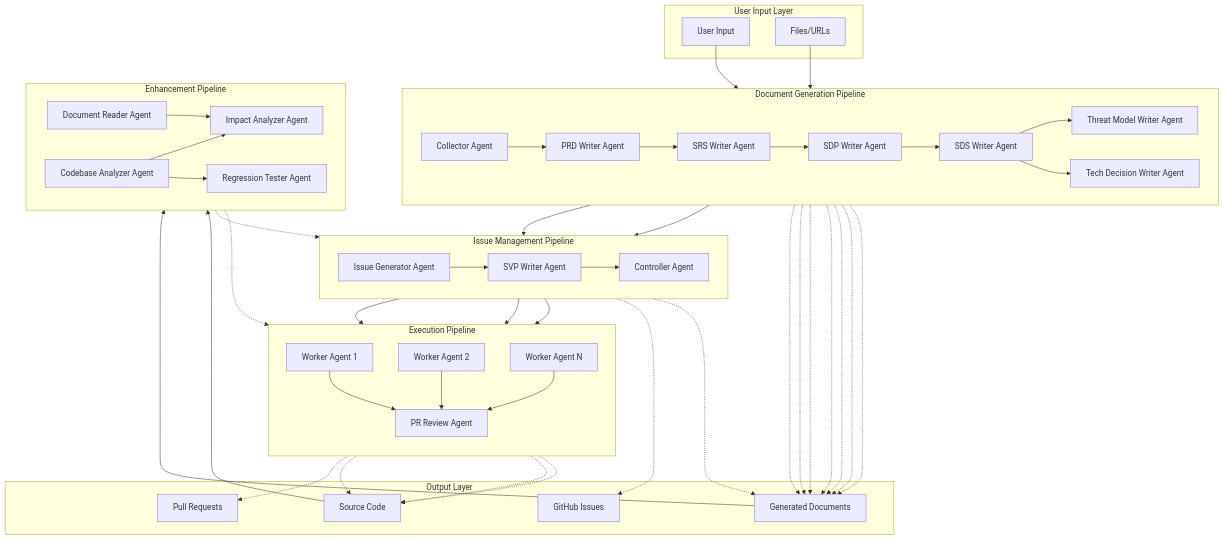
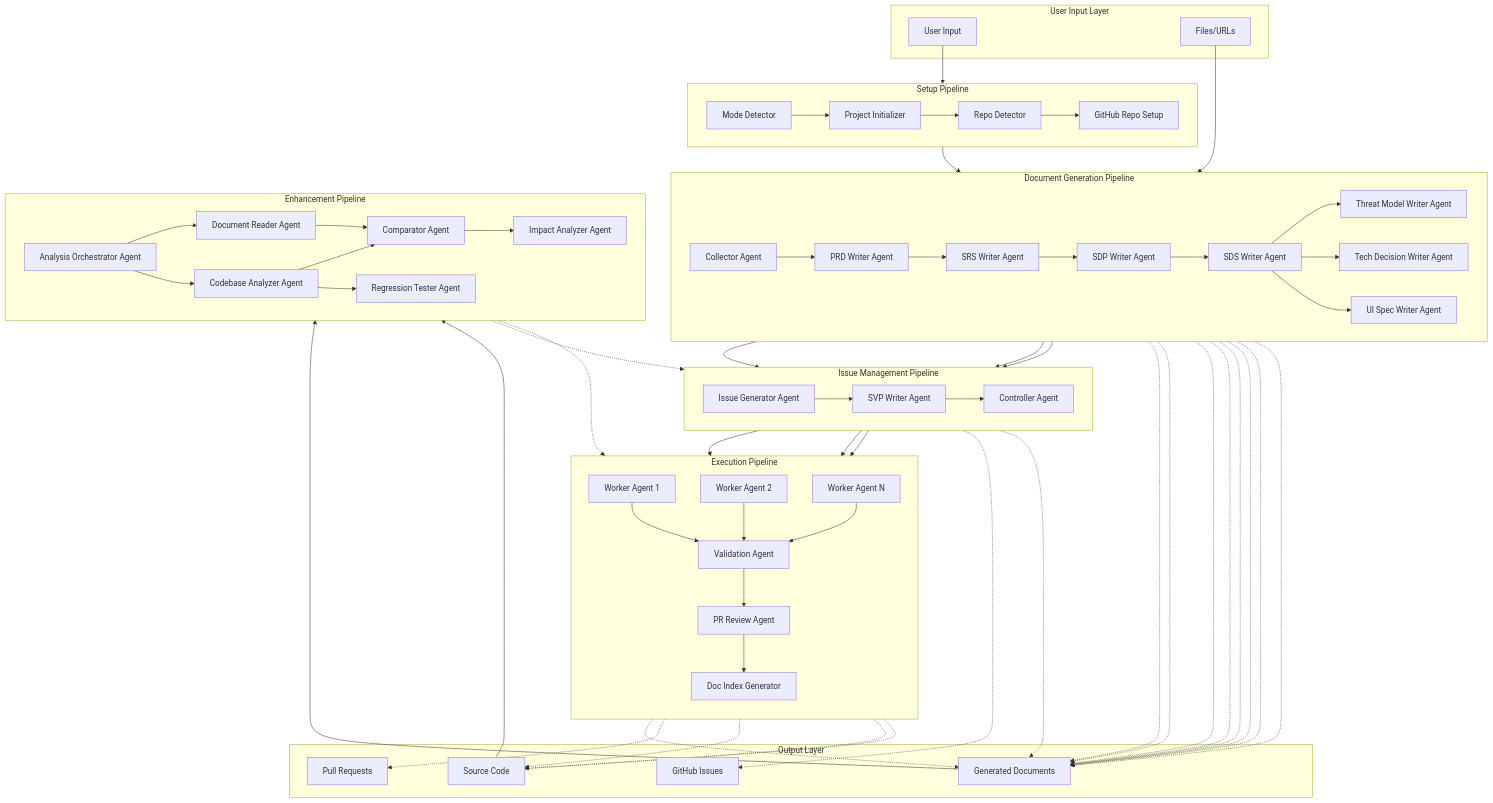
Before and after one commit to kcenon/claude_code_agent: the first of 7 diagrams in docs/system-architecture.kr.md, drawn with Mermaid. The commit also changed other lines of this file and 7 other files, not shown here.

````diff
--- a/docs/system-architecture.kr.md
+++ b/docs/system-architecture.kr.md
@@ -5,5 +5,13 @@
 ```mermaid
 flowchart TB
+    subgraph SetupPipeline["Setup Pipeline"]
+        direction LR
+        MODE[Mode Detector]
+        INIT[Project Initializer]
+        REPOD[Repo Detector]
+        GHSETUP[GitHub Repo Setup]
+    end
+
     subgraph Input["User Input Layer"]
         UI[User Input]
         FILES[Files/URLs]
@@ -18,6 +26,7 @@
         SDS[SDS Writer Agent]
         TM[Threat Model Writer Agent]
         TD[Tech Decision Writer Agent]
+        UISPEC[UI Spec Writer Agent]
     end
 
     subgraph IssuePipeline["Issue Management Pipeline"]
@@ -32,13 +41,17 @@
         WORKER1[Worker Agent 1]
         WORKER2[Worker Agent 2]
         WORKERN[Worker Agent N]
+        VAL[Validation Agent]
         PR[PR Review Agent]
+        DOCIDX[Doc Index Generator]
     end
 
     subgraph EnhancementPipeline["Enhancement Pipeline"]
         direction LR
+        ORCH[Analysis Orchestrator Agent]
         DOCREAD[Document Reader Agent]
         CODEBASE[Codebase Analyzer Agent]
+        COMP[Comparator Agent]
         IMPACT[Impact Analyzer Agent]
         REGTEST[Regression Tester Agent]
     end
@@ -50,7 +63,13 @@
         PRS[Pull Requests]
     end
 
-    UI --> COLLECT
+    %% Setup flow
+    UI --> MODE
+    MODE --> INIT
+    INIT --> REPOD
+    REPOD --> GHSETUP
+    GHSETUP --> COLLECT
+
     FILES --> COLLECT
 
     COLLECT --> PRD
@@ -59,9 +78,11 @@
     SDP --> SDS
     SDS --> TM
     SDS --> TD
+    SDS --> UISPEC
 
     TM --> ISSUE
     TD --> ISSUE
+    UISPEC --> ISSUE
     ISSUE --> SVP
     SVP --> CTRL
 
@@ -69,9 +90,12 @@
     CTRL --> WORKER2
     CTRL --> WORKERN
 
-    WORKER1 --> PR
-    WORKER2 --> PR
-    WORKERN --> PR
+    WORKER1 --> VAL
+    WORKER2 --> VAL
+    WORKERN --> VAL
+    VAL --> PR
+
+    PR --> DOCIDX
 
     COLLECT -.-> DOCS
     PRD -.-> DOCS
@@ -80,19 +104,24 @@
     SDS -.-> DOCS
     TM -.-> DOCS
     TD -.-> DOCS
+    UISPEC -.-> DOCS
     SVP -.-> DOCS
     ISSUE -.-> ISSUES
     WORKER1 -.-> CODE
     WORKER2 -.-> CODE
     WORKERN -.-> CODE
     PR -.-> PRS
+    DOCIDX -.-> DOCS
 
-    %% Enhancement Pipeline connections
-    DOCS --> DOCREAD
-    CODE --> CODEBASE
-    DOCREAD --> IMPACT
-    CODEBASE --> IMPACT
+    %% Enhancement Pipeline connections (Analysis Orchestrator coordinates sub-agents)
+    DOCS --> ORCH
+    CODE --> ORCH
+    ORCH --> DOCREAD
+    ORCH --> CODEBASE
+    DOCREAD --> COMP
+    CODEBASE --> COMP
     CODEBASE --> REGTEST
+    COMP --> IMPACT
     IMPACT -.-> CTRL
     REGTEST -.-> PR
 ```
````
